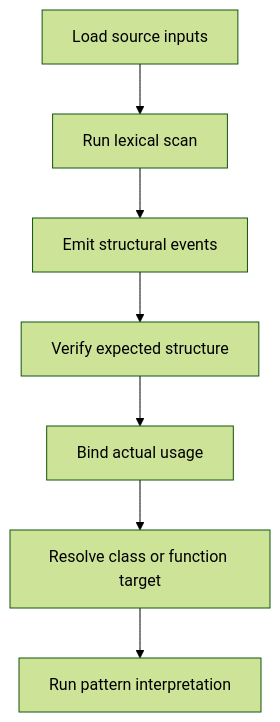
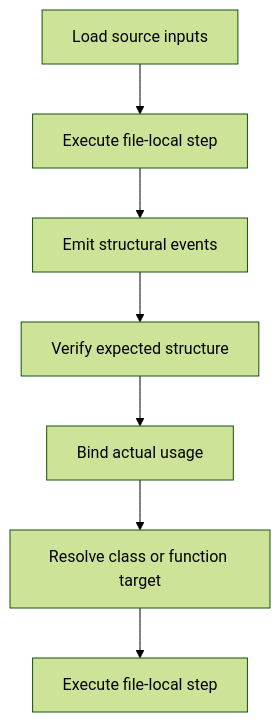
The diagram in docs/Codebase/Microservice/Modules/Source/Analysis/core.cpp.md (JohnAndrewBalbarosa/NeoTerritory), drawn with Mermaid (forest theme) before and after one commit. The commit also changed 915 other files, not shown here.

````diff
--- a/docs/Codebase/Microservice/Modules/Source/Analysis/core.cpp.md
+++ b/docs/Codebase/Microservice/Modules/Source/Analysis/core.cpp.md
@@ -21,11 +21,11 @@
 ```mermaid
 flowchart TD
     N0["Load source inputs"]
-    N1["Run lexical scan"]
+    N1["Execute file-local step"]
     N2["Emit structural events"]
     N3["Verify expected structure"]
     N4["Bind actual usage"]
     N5["Resolve class or function target"]
-    N6["Run pattern interpretation"]
+    N6["Execute file-local step"]
     N0 --> N1 --> N2 --> N3 --> N4 --> N5 --> N6
 ```
````
